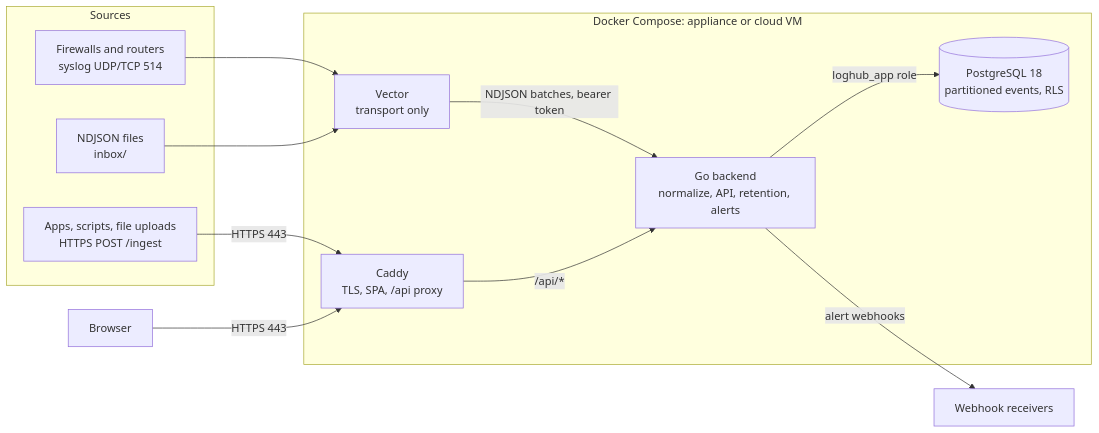
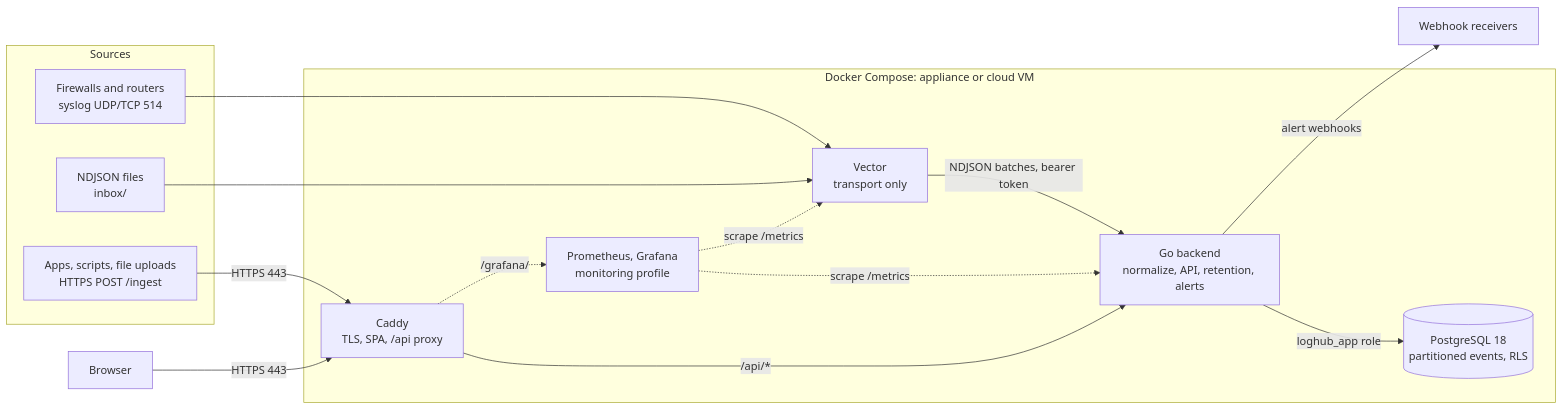
Before and after one commit to mairuu/loghub: the first of 2 diagrams in docs/architecture.md, drawn with Mermaid. The commit also changed other lines of this file and 33 other files, not shown here.

````diff
--- a/docs/architecture.md
+++ b/docs/architecture.md
@@ -7,24 +7,28 @@
 ```mermaid
 flowchart LR
   subgraph Sources
     FW["Firewalls and routers<br/>syslog UDP/TCP 514"]
     FILES["NDJSON files<br/>inbox/"]
     APPS["Apps, scripts, file uploads<br/>HTTPS POST /ingest"]
   end
 
   subgraph Stack["Docker Compose: appliance or cloud VM"]
     VEC["Vector<br/>transport only"]
     CADDY["Caddy<br/>TLS, SPA, /api proxy"]
     BE["Go backend<br/>normalize, API, retention, alerts"]
     PG[("PostgreSQL 18<br/>partitioned events, RLS")]
+    MON["Prometheus, Grafana<br/>monitoring profile"]
   end
 
   USER[Browser] -->|HTTPS 443| CADDY
   APPS -->|HTTPS 443| CADDY
   FW --> VEC
   FILES --> VEC
   VEC -->|"NDJSON batches, bearer token"| BE
   CADDY -->|"/api/*"| BE
   BE -->|"loghub_app role"| PG
   BE -->|"alert webhooks"| HOOK["Webhook receivers"]
+  MON -.->|"scrape /metrics"| BE
+  MON -.->|"scrape /metrics"| VEC
+  CADDY -.->|"/grafana/"| MON
 ```
````
